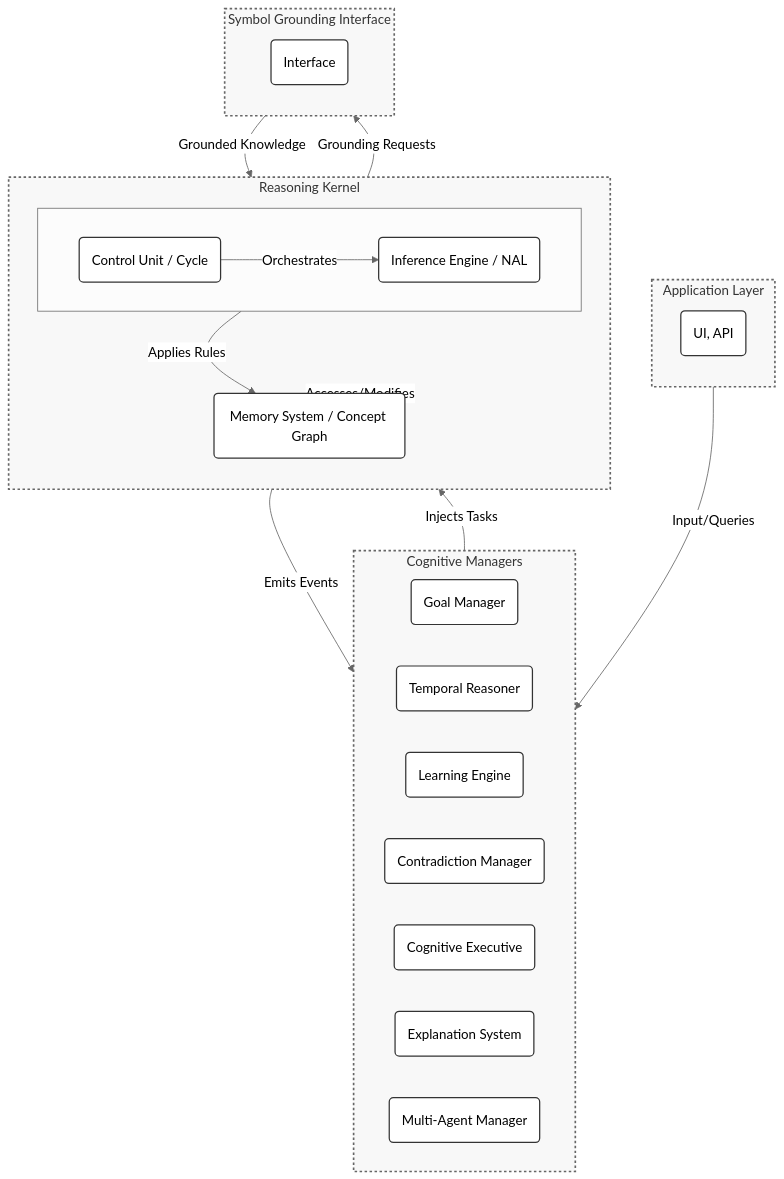
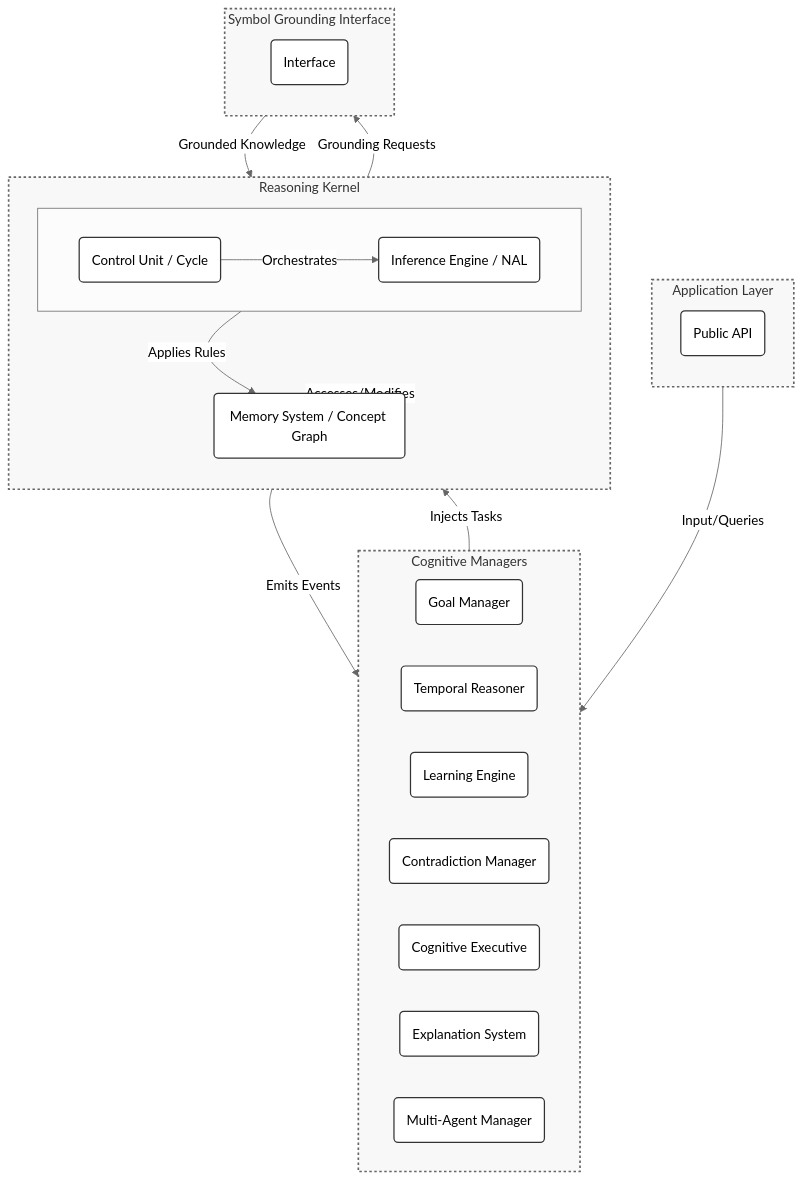
Before and after one commit to automenta/hypernars2: the first of 2 diagrams in README.md, drawn with Mermaid (neutral theme). The commit also changed other lines of this file and 1 other file, not shown here.

First line of the commit message:
docs: Refactor specification to high-level architecture

````diff
--- a/README.md
+++ b/README.md
@@ -76,46 +75,46 @@
 ```mermaid
 graph TD
     subgraph AppLayer [Application Layer]
         direction TB
-        UI_API(UI, API)
+        API(Public API)
     end
 
     subgraph CogManagers [Cognitive Managers]
         direction LR
         GoalManager(Goal Manager)
         TemporalReasoner(Temporal Reasoner)
         LearningEngine(Learning Engine)
         ContradictionManager(Contradiction Manager)
         MetaReasoner(Cognitive Executive)
         ExplanationSystem(Explanation System)
         MultiAgentManager(Multi-Agent Manager)
     end
 
     subgraph Kernel [Reasoning Kernel]
         direction TB
         subgraph ControlInference [ ]
             direction LR
             ControlUnit(Control Unit / Cycle)
             InferenceEngine(Inference Engine / NAL)
         end
         MemorySystem(Memory System / Concept Graph)
     end
 
     subgraph Grounding [Symbol Grounding Interface]
         direction TB
         GroundingInterface(Interface)
     end
 
-    UI_API -- "Input/Queries" --> CogManagers
+    API -- "Input/Queries" --> CogManagers
     CogManagers -- "Injects Tasks" --> Kernel
     Kernel -- "Emits Events" --> CogManagers
     Kernel -- "Accesses/Modifies" --> MemorySystem
     InferenceEngine -- "Applies Rules" --> MemorySystem
     ControlUnit -- "Orchestrates" --> InferenceEngine
     Kernel -- "Grounding Requests" --> Grounding
     Grounding -- "Grounded Knowledge" --> Kernel
 
     classDef default fill:#fff,stroke:#333,stroke-width:1.5px;
     classDef layer fill:#f8f8f8,stroke:#666,stroke-width:2px,stroke-dasharray: 3 3;
     class AppLayer,CogManagers,Kernel,Grounding layer;
 ```
````
